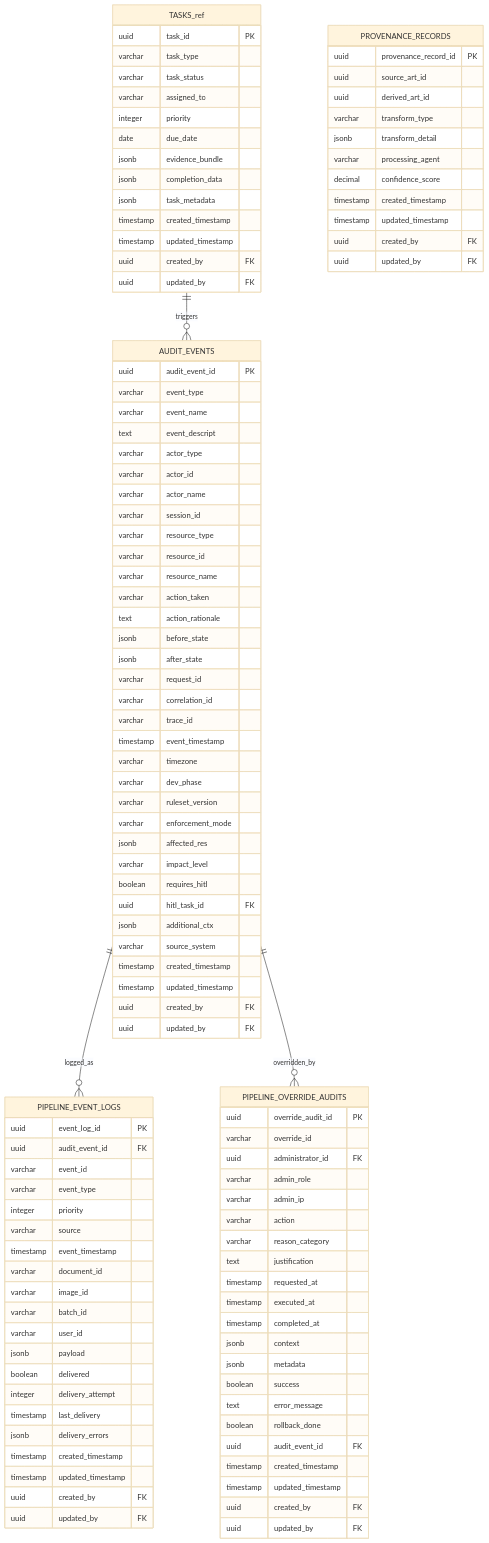
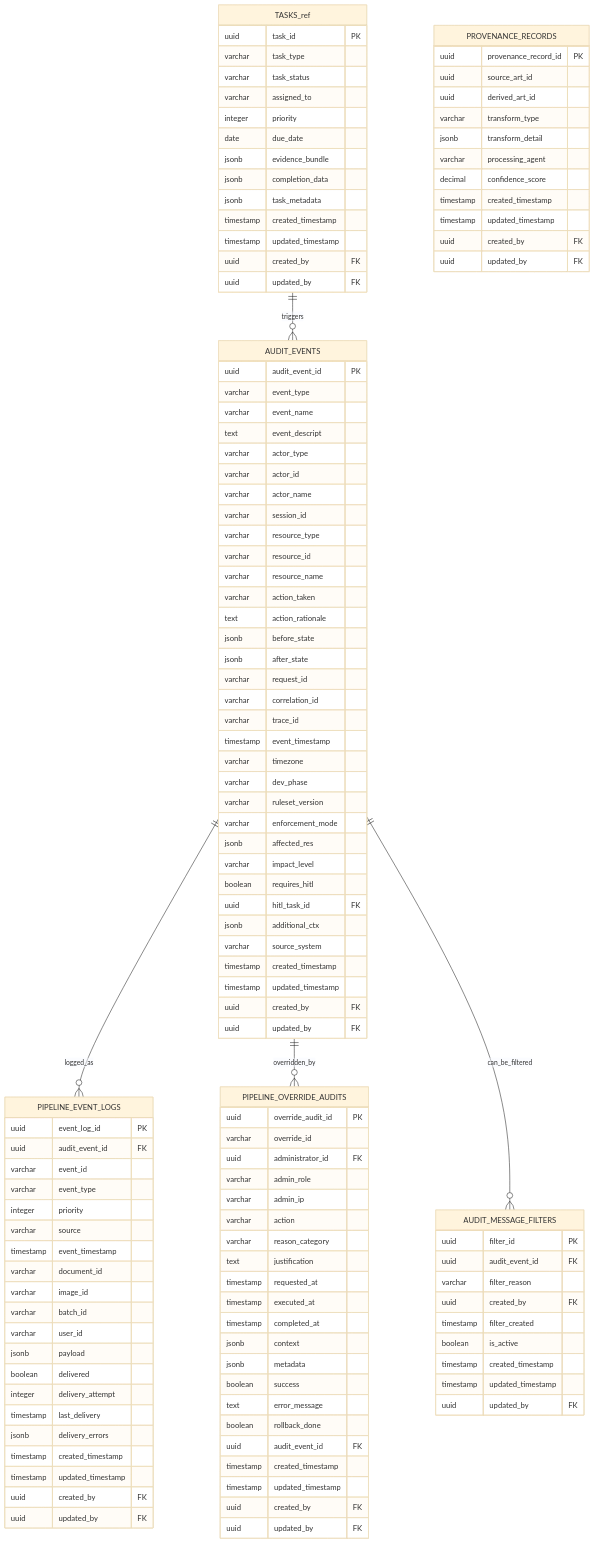
The diagram in docs/ERDiagrams/ERAuditLogging.md (relenga/patent-research-backend), drawn with Mermaid (base theme) before and after one commit. The commit also changed other lines of this file and 1 other file, not shown here.

First line of the commit message:
Add audit message filtering system for UI noise reduction

````diff
--- a/docs/ERDiagrams/ERAuditLogging.md
+++ b/docs/ERDiagrams/ERAuditLogging.md
@@ -110,6 +110,18 @@
         uuid updated_by FK
     }
     
+    AUDIT_MESSAGE_FILTERS {
+        uuid filter_id PK
+        uuid audit_event_id FK
+        varchar filter_reason
+        uuid created_by FK
+        timestamp filter_created
+        boolean is_active
+        timestamp created_timestamp
+        timestamp updated_timestamp
+        uuid updated_by FK
+    }
+    
     PROVENANCE_RECORDS {
         uuid provenance_record_id PK
         uuid source_art_id
@@ -128,4 +140,5 @@
     TASKS_ref ||--o{ AUDIT_EVENTS : triggers
     AUDIT_EVENTS ||--o{ PIPELINE_EVENT_LOGS : logged_as
     AUDIT_EVENTS ||--o{ PIPELINE_OVERRIDE_AUDITS : overridden_by
+    AUDIT_EVENTS ||--o{ AUDIT_MESSAGE_FILTERS : can_be_filtered
 ```
````
